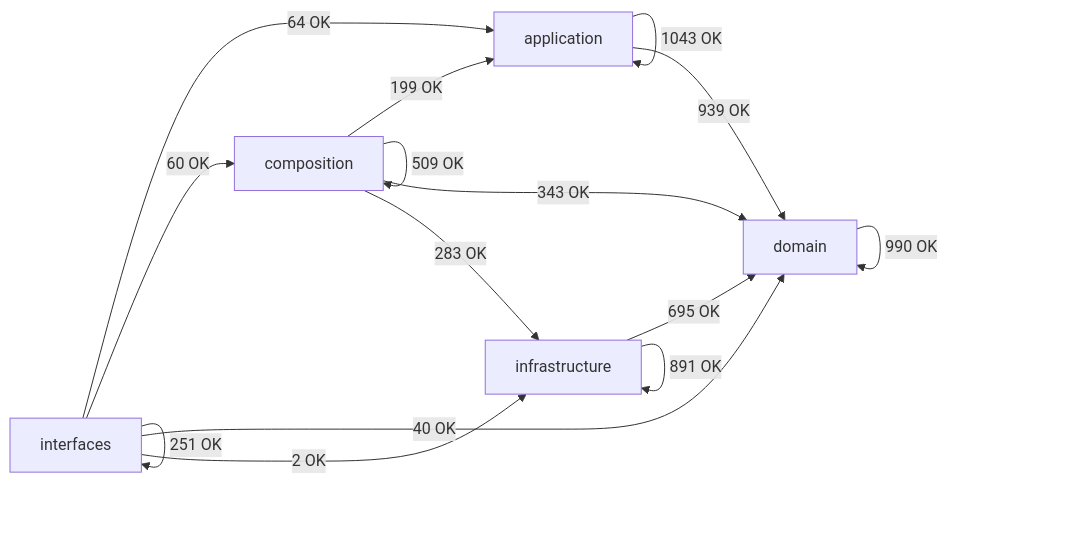
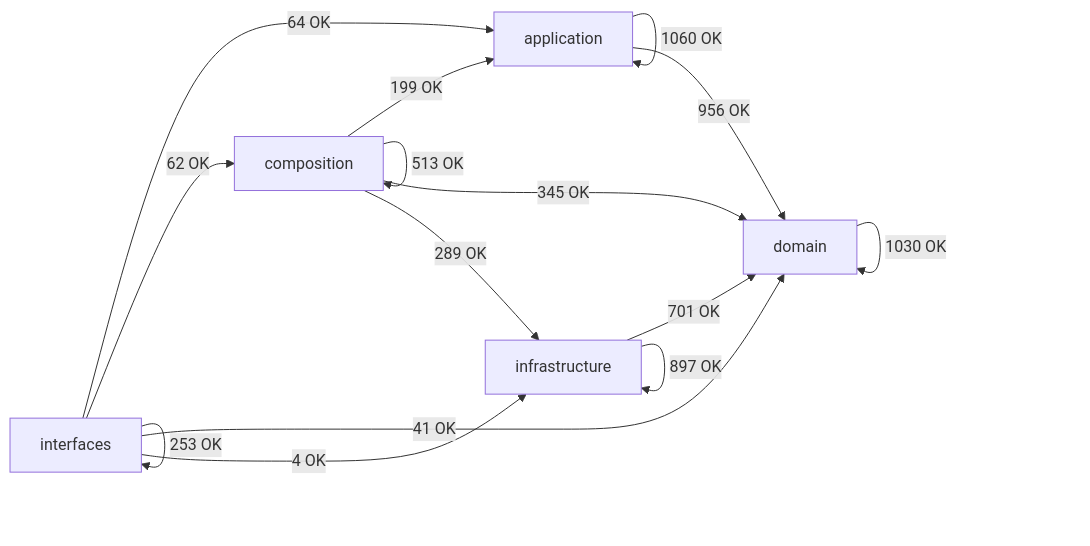
The diagram in docs/02-architecture/generated/module-dependency-map.md (SatoryKono/BioactivityDataAcquisition), drawn with Mermaid before and after one commit. The commit also changed other lines of this file and 188 other files, not shown here.

````diff
--- a/docs/02-architecture/generated/module-dependency-map.md
+++ b/docs/02-architecture/generated/module-dependency-map.md
@@ -17,22 +17,22 @@
 ```mermaid
 flowchart LR
     domain[domain]
     application[application]
     infrastructure[infrastructure]
     composition[composition]
     interfaces[interfaces]
-    application -->|1043 OK| application
-    application -->|939 OK| domain
+    application -->|1060 OK| application
+    application -->|956 OK| domain
     composition -->|199 OK| application
-    composition -->|509 OK| composition
-    composition -->|343 OK| domain
-    composition -->|283 OK| infrastructure
-    domain -->|990 OK| domain
-    infrastructure -->|695 OK| domain
-    infrastructure -->|891 OK| infrastructure
+    composition -->|513 OK| composition
+    composition -->|345 OK| domain
+    composition -->|289 OK| infrastructure
+    domain -->|1030 OK| domain
+    infrastructure -->|701 OK| domain
+    infrastructure -->|897 OK| infrastructure
     interfaces -->|64 OK| application
-    interfaces -->|60 OK| composition
-    interfaces -->|40 OK| domain
-    interfaces -->|2 OK| infrastructure
-    interfaces -->|251 OK| interfaces
+    interfaces -->|62 OK| composition
+    interfaces -->|41 OK| domain
+    interfaces -->|4 OK| infrastructure
+    interfaces -->|253 OK| interfaces
 ```
````
